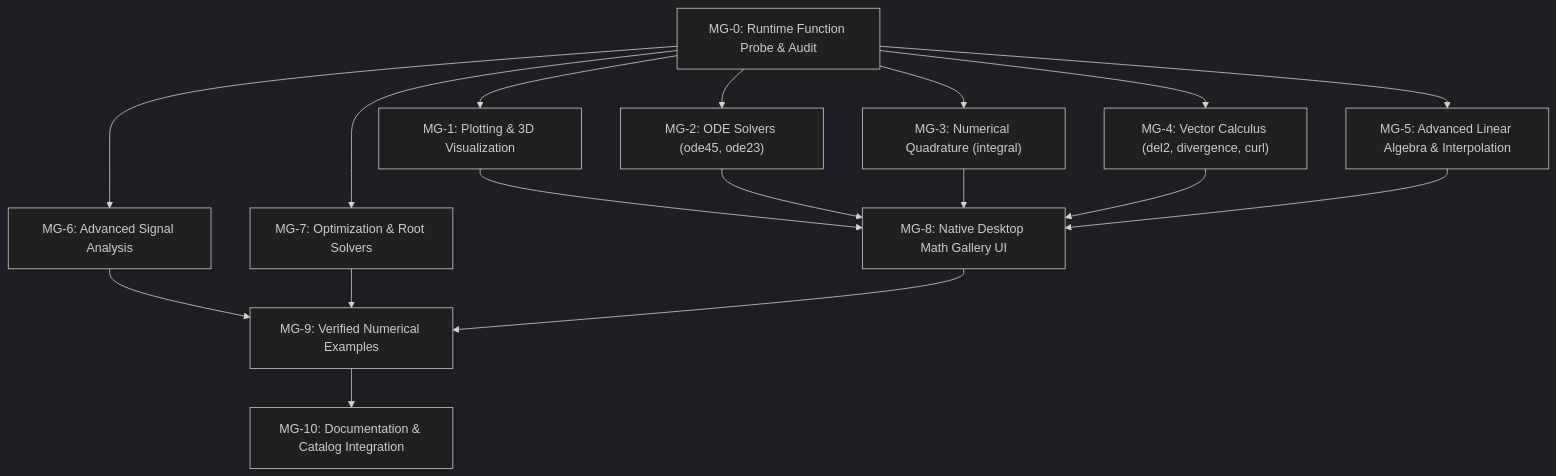
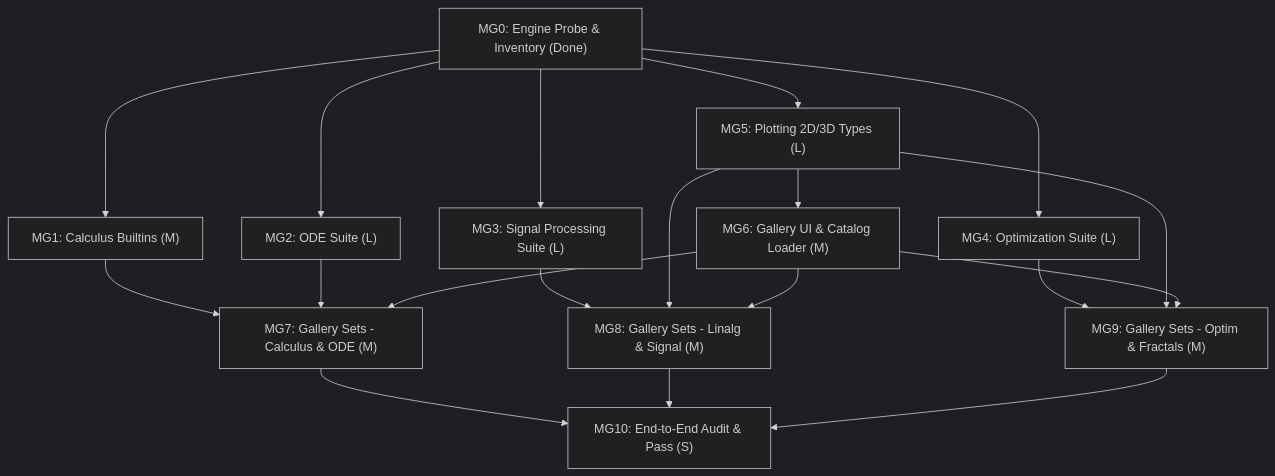
The diagram in docs/tasks/PLAN-MG.md (varunkumar898/MatRust-Studio), drawn with Mermaid (dark theme) before and after one commit. The commit also changed other lines of this file and 2 other files, not shown here.

Commit message:
docs(math-gallery): update workplans and implementation task breakdown for F17

````diff
--- a/docs/tasks/PLAN-MG.md
+++ b/docs/tasks/PLAN-MG.md
@@ -19,23 +307,33 @@
 ```mermaid
 flowchart TD
-    MG0["MG-0: Runtime Function Probe & Audit"] --> MG1["MG-1: Plotting & 3D Visualization"]
-    MG0 --> MG2["MG-2: ODE Solvers (ode45, ode23)"]
-    MG0 --> MG3["MG-3: Numerical Quadrature (integral)"]
-    MG0 --> MG4["MG-4: Vector Calculus (del2, divergence, curl)"]
-    MG0 --> MG5["MG-5: Advanced Linear Algebra & Interpolation"]
-    
-    MG1 --> MG8["MG-8: Native Desktop Math Gallery UI"]
-    MG2 --> MG8
+    MG0["MG0: Engine Probe & Inventory (Done)"]
+    MG1["MG1: Calculus Builtins (M)"]
+    MG2["MG2: ODE Suite (L)"]
+    MG3["MG3: Signal Processing Suite (L)"]
+    MG4["MG4: Optimization Suite (L)"]
+    MG5["MG5: Plotting 2D/3D Types (L)"]
+    MG6["MG6: Gallery UI & Catalog Loader (M)"]
+    MG7["MG7: Gallery Sets - Calculus & ODE (M)"]
+    MG8["MG8: Gallery Sets - Linalg & Signal (M)"]
+    MG9["MG9: Gallery Sets - Optim & Fractals (M)"]
+    MG10["MG10: End-to-End Audit & Pass (S)"]
+
+    MG0 --> MG1
+    MG0 --> MG2
+    MG0 --> MG3
+    MG0 --> MG4
+    MG0 --> MG5
+    MG5 --> MG6
+    MG1 --> MG7
+    MG2 --> MG7
+    MG6 --> MG7
     MG3 --> MG8
-    MG4 --> MG8
     MG5 --> MG8
-    
-    MG0 --> MG6["MG-6: Advanced Signal Analysis"]
-    MG0 --> MG7["MG-7: Optimization & Root Solvers"]
-    
-    MG6 --> MG9["MG-9: Verified Numerical Examples"]
-    MG7 --> MG9
-    MG8 --> MG9
-    
-    MG9 --> MG10["MG-10: Documentation & Catalog Integration"]
+    MG6 --> MG8
+    MG4 --> MG9
+    MG5 --> MG9
+    MG6 --> MG9
+    MG7 --> MG10
+    MG8 --> MG10
+    MG9 --> MG10
 ```
````
